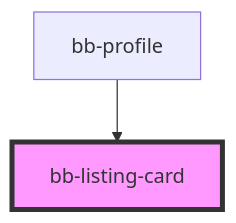
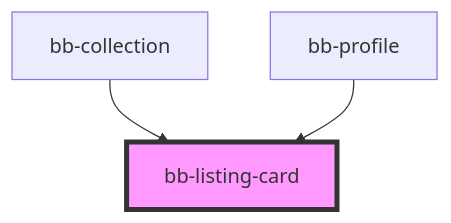
Before and after one commit to BoaterBase/bb-components: the diagram in src/components/bb-listing-card/readme.md, drawn with Mermaid. The commit also changed other lines of this file and 17 other files, not shown here.

````diff
--- a/src/components/bb-listing-card/readme.md
+++ b/src/components/bb-listing-card/readme.md
@@ -24,5 +25,6 @@
 ```mermaid
 graph TD;
+  bb-collection --> bb-listing-card
   bb-profile --> bb-listing-card
   style bb-listing-card fill:#f9f,stroke:#333,stroke-width:4px
 ```
````
